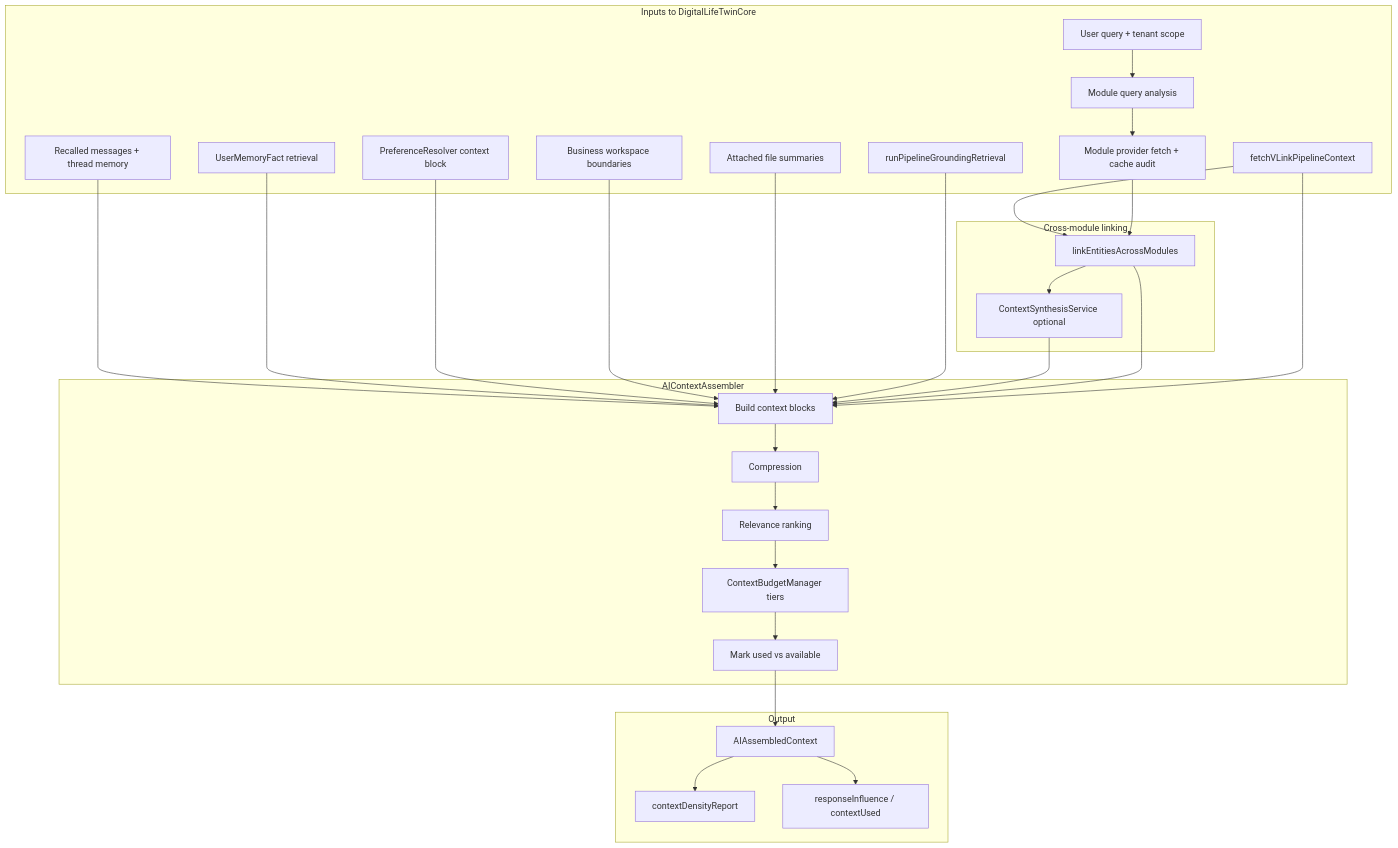
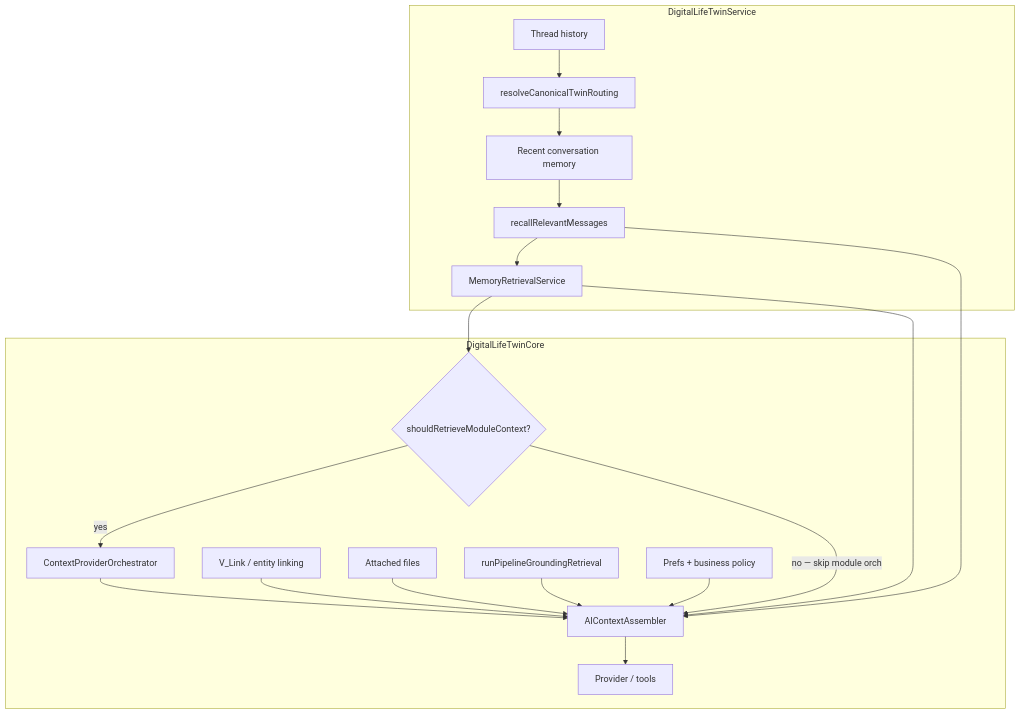
One commit to ADTrauts/Vssyl changed the diagram in docs/architecture/AI_CONTEXT_ASSEMBLY.md. Above: the diagram before and after it, drawn with Mermaid. The commit also changed other lines of this file and 13 other files, not shown here.

First line of the commit message:
docs(ai): reconcile digital life twin architecture

````diff
--- a/docs/architecture/AI_CONTEXT_ASSEMBLY.md
+++ b/docs/architecture/AI_CONTEXT_ASSEMBLY.md
@@ -83,52 +75,34 @@
 ```mermaid
 flowchart TB
-  subgraph inputs [Inputs to DigitalLifeTwinCore]
-    Q[User query + tenant scope]
-    Analysis[Module query analysis]
-    Fetch[Module provider fetch + cache audit]
-    Files[Attached file summaries]
-    Recall[Recalled messages + thread memory]
-    Facts[UserMemoryFact retrieval]
-    Prefs[PreferenceResolver context block]
-    Biz[Business workspace boundaries]
-    VLinkCtx[fetchVLinkPipelineContext]
-    GroundPre[runPipelineGroundingRetrieval]
+  subgraph svc [DigitalLifeTwinService]
+    Hist[Thread history]
+    Route[resolveCanonicalTwinRouting]
+    RecMem[Recent conversation memory]
+    Recall[recallRelevantMessages]
+    Facts[MemoryRetrievalService]
   end
 
-  subgraph link [Cross-module linking]
-    EL[linkEntitiesAcrossModules]
-    Synth[ContextSynthesisService optional]
-    VLinkCtx --> EL
-    Fetch --> EL
-    EL --> Synth
+  subgraph core [DigitalLifeTwinCore]
+    C3{shouldRetrieveModuleContext?}
+    Orch[ContextProviderOrchestrator]
+    VL[V_Link / entity linking]
+    Files[Attached files]
+    Ground[runPipelineGroundingRetrieval]
+    Prefs[Prefs + business policy]
+    Asm[AIContextAssembler]
+    Prov[Provider / tools]
   end
 
-  subgraph assemble [AIContextAssembler]
-    Blocks[Build context blocks]
-    Compress[Compression]
-    Rank[Relevance ranking]
-    Budget[ContextBudgetManager tiers]
-    Used[Mark used vs available]
-    Blocks --> Compress --> Rank --> Budget --> Used
-  end
-
-  subgraph out [Output]
-    AC[AIAssembledContext]
-    Density[contextDensityReport]
-    Influence[responseInfluence / contextUsed]
-  end
-
-  Q --> Analysis --> Fetch
-  Recall --> Blocks
-  Facts --> Blocks
-  Prefs --> Blocks
-  Biz --> Blocks
-  Files --> Blocks
-  GroundPre --> Blocks
-  Synth --> Blocks
-  EL --> Blocks
-  VLinkCtx --> Blocks
-  Used --> AC
-  AC --> Density
-  AC --> Influence
+  Hist --> Route
+  Route --> RecMem --> Recall --> Facts
+  Facts --> C3
+  C3 -->|yes| Orch --> Asm
+  C3 -->|no — skip module orch| Asm
+  VL --> Asm
+  Files --> Asm
+  Ground --> Asm
+  Prefs --> Asm
+  Recall --> Asm
+  Facts --> Asm
+  Asm --> Prov
 ```
````
